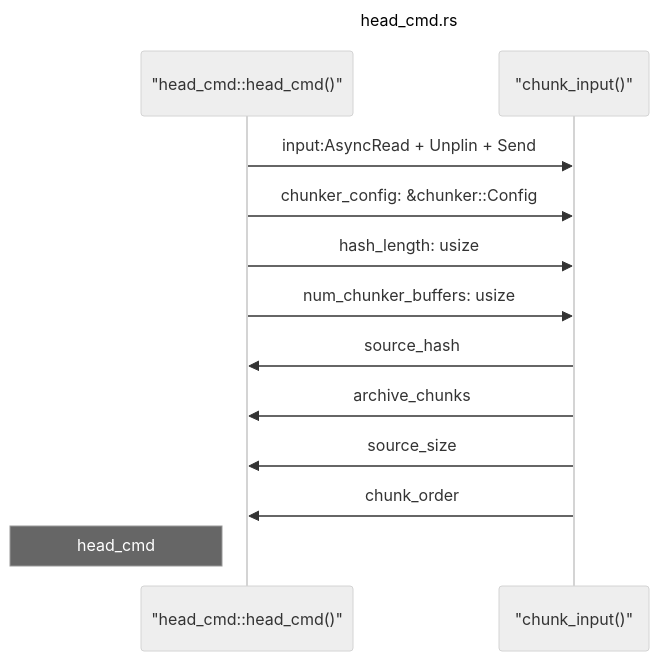
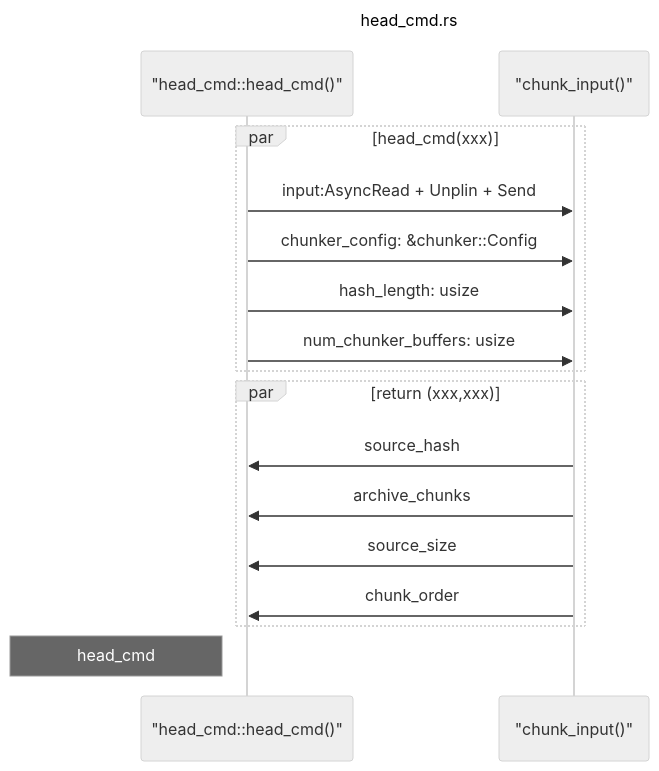
The second of 2 diagrams in markdowns/head_cmd.md (softtiny/docs.bita), drawn with Mermaid (neutral theme) before and after one commit.

Commit message:
:construction: Work in progress.

````diff
--- a/markdowns/head_cmd.md
+++ b/markdowns/head_cmd.md
@@ -24,17 +24,21 @@
 ```mermaid
 ---
 title: head_cmd.rs
 ---
 sequenceDiagram
     participant  cmd as "head_cmd::head_cmd()"
     participant  input as "chunk_input()"
-    cmd->>input: input:AsyncRead + Unplin  + Send
-    cmd->>input: chunker_config: &chunker::Config
-    cmd->>input: hash_length: usize
-    cmd->>input: num_chunker_buffers: usize
-    input->>cmd: source_hash
-    input->>cmd: archive_chunks
-    input->>cmd: source_size
-    input->>cmd: chunk_order
+    par head_cmd(xxx)
+        cmd->>input: input:AsyncRead + Unplin  + Send
+        cmd->>input: chunker_config: &chunker::Config
+        cmd->>input: hash_length: usize
+        cmd->>input: num_chunker_buffers: usize
+    end
+    par return (xxx,xxx)
+        input->>cmd: source_hash
+        input->>cmd: archive_chunks
+        input->>cmd: source_size
+        input->>cmd: chunk_order
+    end
     Note left of cmd: head_cmd
 ```
````
